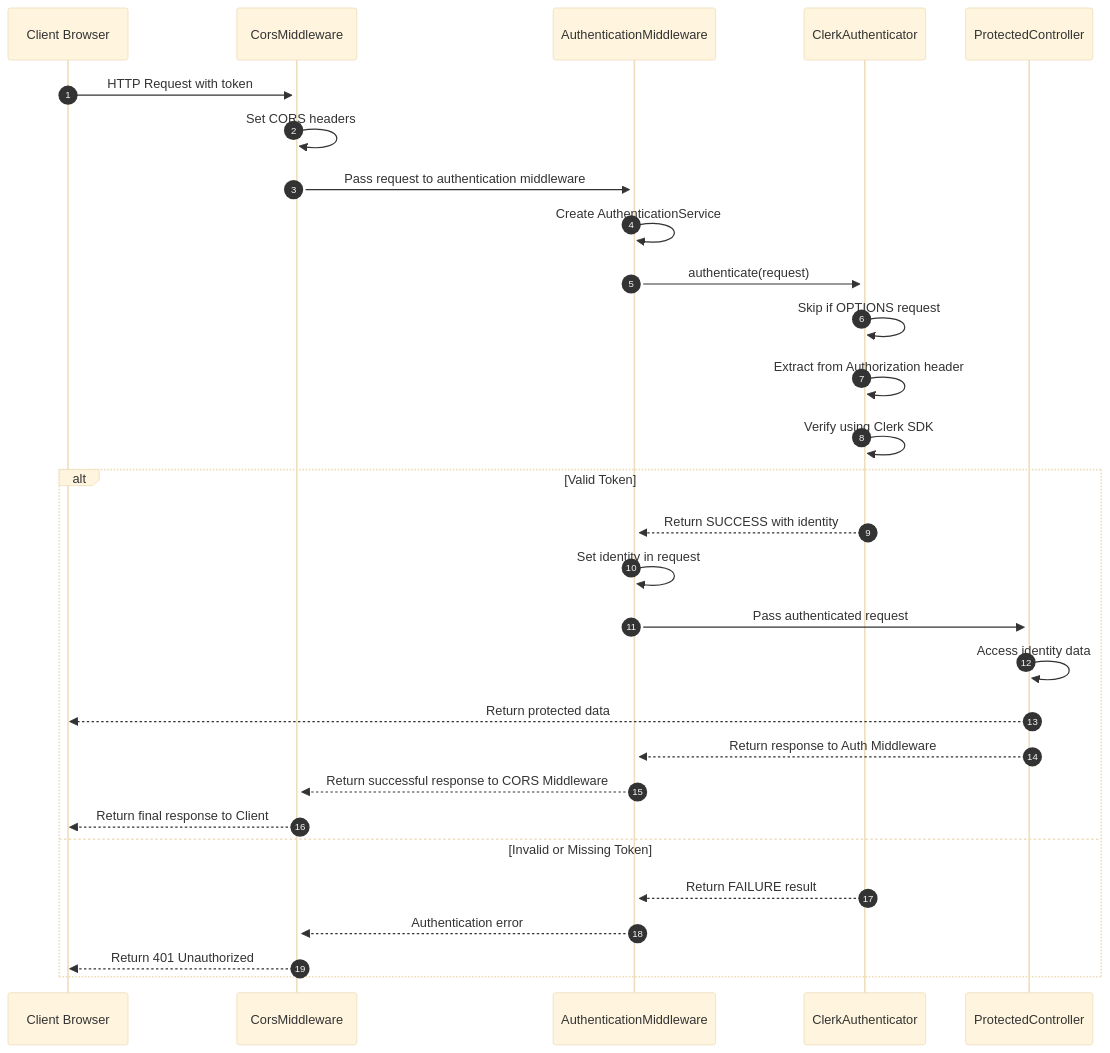
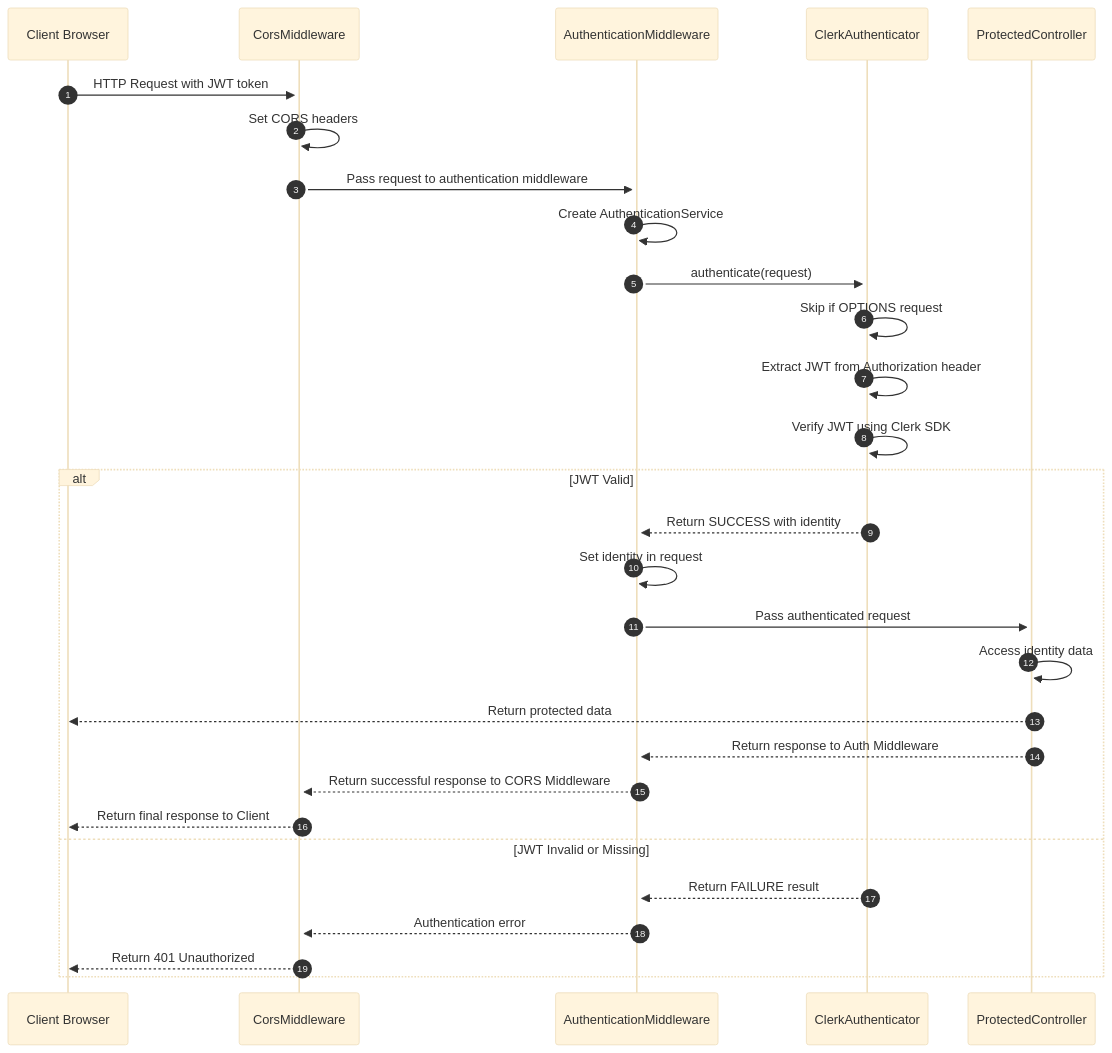
Before and after one commit to speakeasy-api/clerk-cake-example: the diagram in README.md, drawn with Mermaid (base theme). The commit also changed other lines of this file, not shown here.

````diff
--- a/README.md
+++ b/README.md
@@ -51,36 +43,36 @@
 ```mermaid
 sequenceDiagram
     autonumber
     participant Client as Client Browser
     participant CORS as CorsMiddleware
     participant Auth as AuthenticationMiddleware
     participant Clerk as ClerkAuthenticator
     participant Cont as ProtectedController
 
-    Client->>+CORS: HTTP Request with  token
+    Client->>+CORS: HTTP Request with JWT token
     CORS->>CORS: Set CORS headers
     CORS->>+Auth: Pass request to authentication middleware
     
     Auth->>Auth: Create AuthenticationService
     Auth->>+Clerk: authenticate(request)
     
     Clerk->>Clerk: Skip if OPTIONS request
-    Clerk->>Clerk: Extract  from Authorization header
-    Clerk->>Clerk: Verify  using Clerk SDK
+    Clerk->>Clerk: Extract JWT from Authorization header
+    Clerk->>Clerk: Verify JWT using Clerk SDK
     
-    alt  Valid Token
+    alt JWT Valid
         Clerk-->>Auth: Return SUCCESS with identity
         Auth->>Auth: Set identity in request
         Auth->>+Cont: Pass authenticated request
         
         Cont->>Cont: Access identity data
         Cont-->>Client: Return protected data
         Cont-->>Auth: Return response to Auth Middleware
         Auth-->>CORS: Return successful response to CORS Middleware
         CORS-->>Client: Return final response to Client
-    else  Invalid or Missing Token
+    else JWT Invalid or Missing
         Clerk-->>Auth: Return FAILURE result
         Auth-->>CORS: Authentication error
         CORS-->>Client: Return 401 Unauthorized
     end
 ```
````
